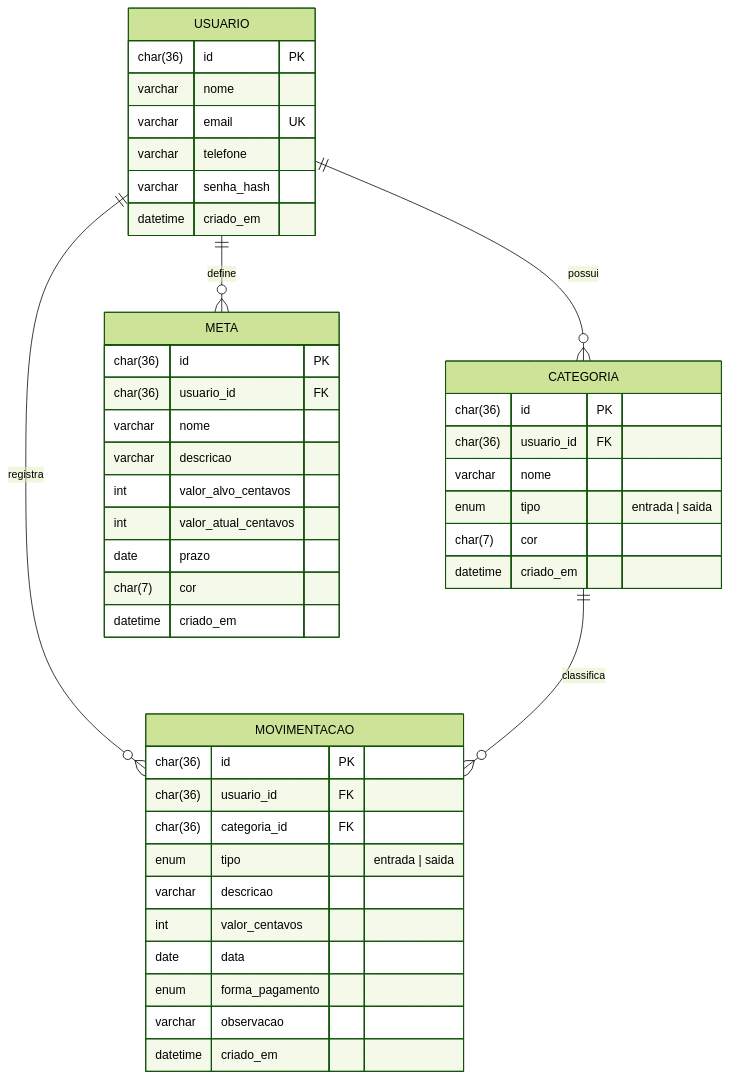
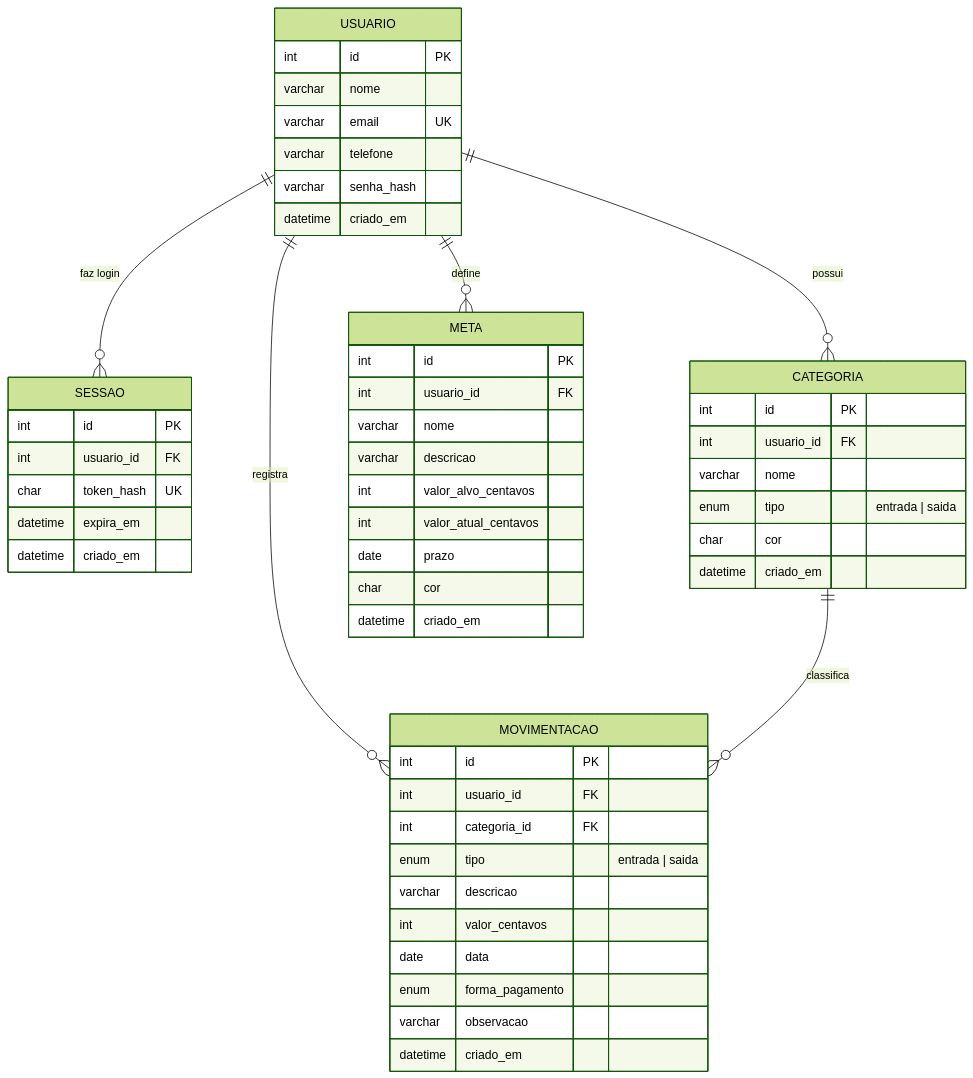
One commit to JCHGBC/TCC-CORTA-A- changed the diagram in docs/banco-de-dados.md. Above: the diagram before and after it, drawn with Mermaid (forest theme). The commit also changed other lines of this file and 53 other files, not shown here.

````diff
--- a/docs/banco-de-dados.md
+++ b/docs/banco-de-dados.md
@@ -9,47 +9,55 @@
 ```mermaid
 erDiagram
+  USUARIO ||--o{ SESSAO : "faz login"
   USUARIO ||--o{ CATEGORIA : possui
   USUARIO ||--o{ MOVIMENTACAO : registra
   USUARIO ||--o{ META : define
   CATEGORIA ||--o{ MOVIMENTACAO : classifica
 
   USUARIO {
-    char(36) id PK
+    int id PK
     varchar nome
     varchar email UK
     varchar telefone
     varchar senha_hash
     datetime criado_em
   }
+  SESSAO {
+    int id PK
+    int usuario_id FK
+    char token_hash UK
+    datetime expira_em
+    datetime criado_em
+  }
   CATEGORIA {
-    char(36) id PK
-    char(36) usuario_id FK
+    int id PK
+    int usuario_id FK
     varchar nome
     enum tipo "entrada | saida"
-    char(7) cor
+    char cor
     datetime criado_em
   }
   MOVIMENTACAO {
-    char(36) id PK
-    char(36) usuario_id FK
-    char(36) categoria_id FK
+    int id PK
+    int usuario_id FK
+    int categoria_id FK
     enum tipo "entrada | saida"
     varchar descricao
     int valor_centavos
     date data
     enum forma_pagamento
     varchar observacao
     datetime criado_em
   }
   META {
-    char(36) id PK
-    char(36) usuario_id FK
+    int id PK
+    int usuario_id FK
     varchar nome
     varchar descricao
     int valor_alvo_centavos
     int valor_atual_centavos
     date prazo
-    char(7) cor
+    char cor
     datetime criado_em
   }
 ```
````
